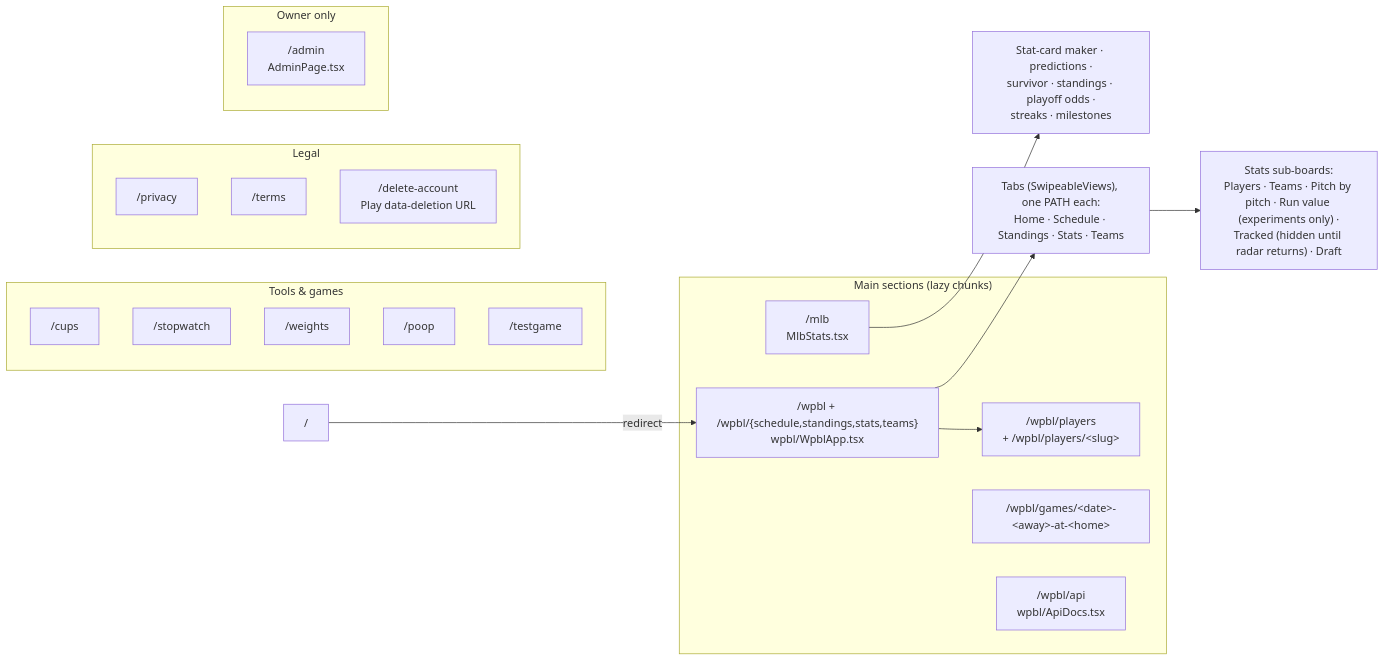
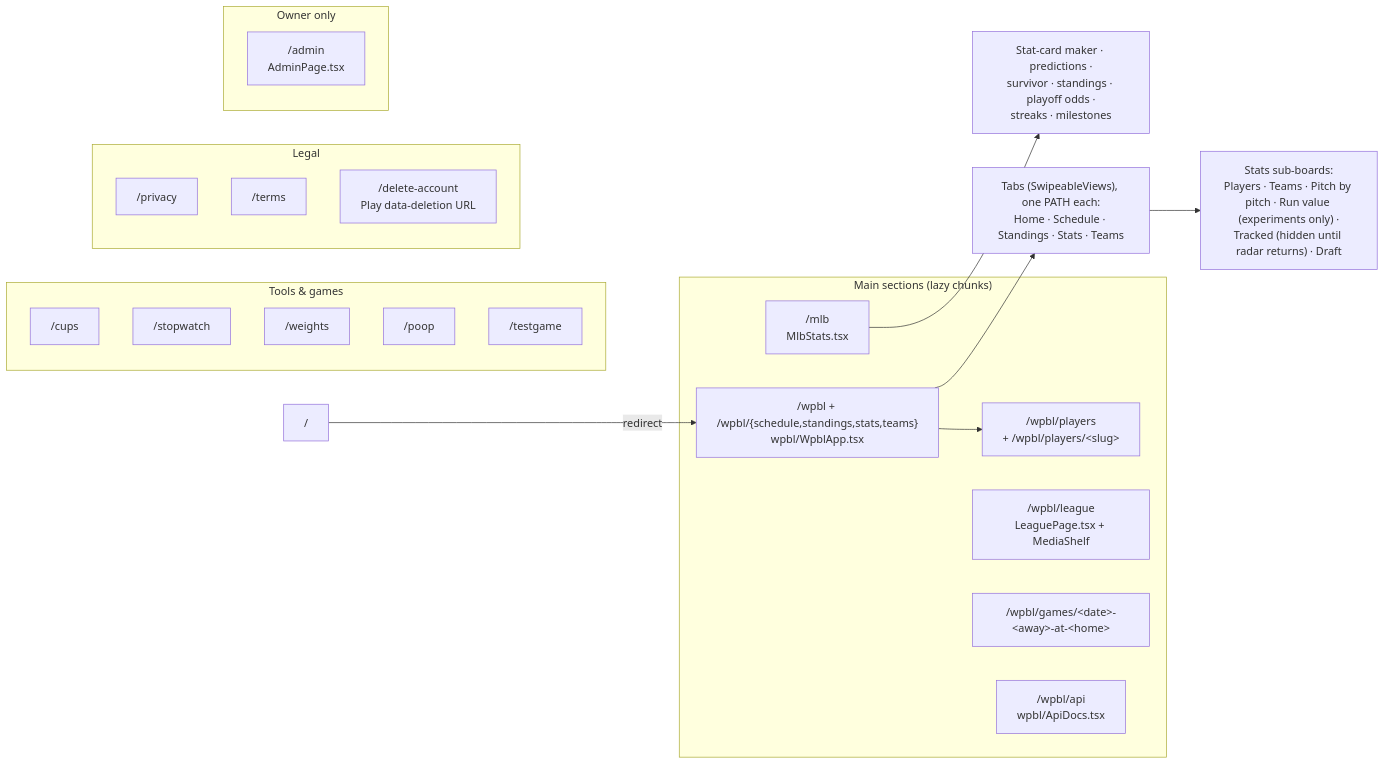
The second of 5 diagrams in ARCHITECTURE.md (sportydolphin/fun), drawn with Mermaid before and after one commit. The commit also changed other lines of this file and 24 other files, not shown here.

````diff
--- a/ARCHITECTURE.md
+++ b/ARCHITECTURE.md
@@ -98,34 +98,35 @@
 ```mermaid
 flowchart LR
     subgraph Main["Main sections (lazy chunks)"]
         mlb["/mlb<br/>MlbStats.tsx"]
         wpbl["/wpbl + /wpbl/{schedule,standings,stats,teams}<br/>wpbl/WpblApp.tsx"]
         wplayers["/wpbl/players<br/>+ /wpbl/players/&lt;slug&gt;"]
+        wleague["/wpbl/league<br/>LeaguePage.tsx + MediaShelf"]
         wgames["/wpbl/games/&lt;date&gt;-&lt;away&gt;-at-&lt;home&gt;"]
         api["/wpbl/api<br/>wpbl/ApiDocs.tsx"]
     end
 
     subgraph Tools["Tools & games"]
         cups["/cups"]
         sw["/stopwatch"]
         wt["/weights"]
         poop["/poop"]
         tg["/testgame"]
     end
 
     subgraph Legal["Legal"]
         priv["/privacy"]
         terms["/terms"]
         del["/delete-account<br/>Play data-deletion URL"]
     end
 
     subgraph Owner["Owner only"]
         adm["/admin<br/>AdminPage.tsx"]
     end
 
     root["/"] -->|redirect| wpbl
     wpbl --> wtabs["Tabs (SwipeableViews), one PATH each:<br/>Home · Schedule · Standings · Stats · Teams"]
     wtabs --> wstats["Stats sub-boards:<br/>Players · Teams · Pitch by pitch · Run value (experiments only) ·<br/>Tracked (hidden until radar returns) · Draft"]
     wpbl --> wplayers
     mlb --> mtabs["Stat-card maker · predictions ·<br/>survivor · standings · playoff odds ·<br/>streaks · milestones"]
 ```
````
